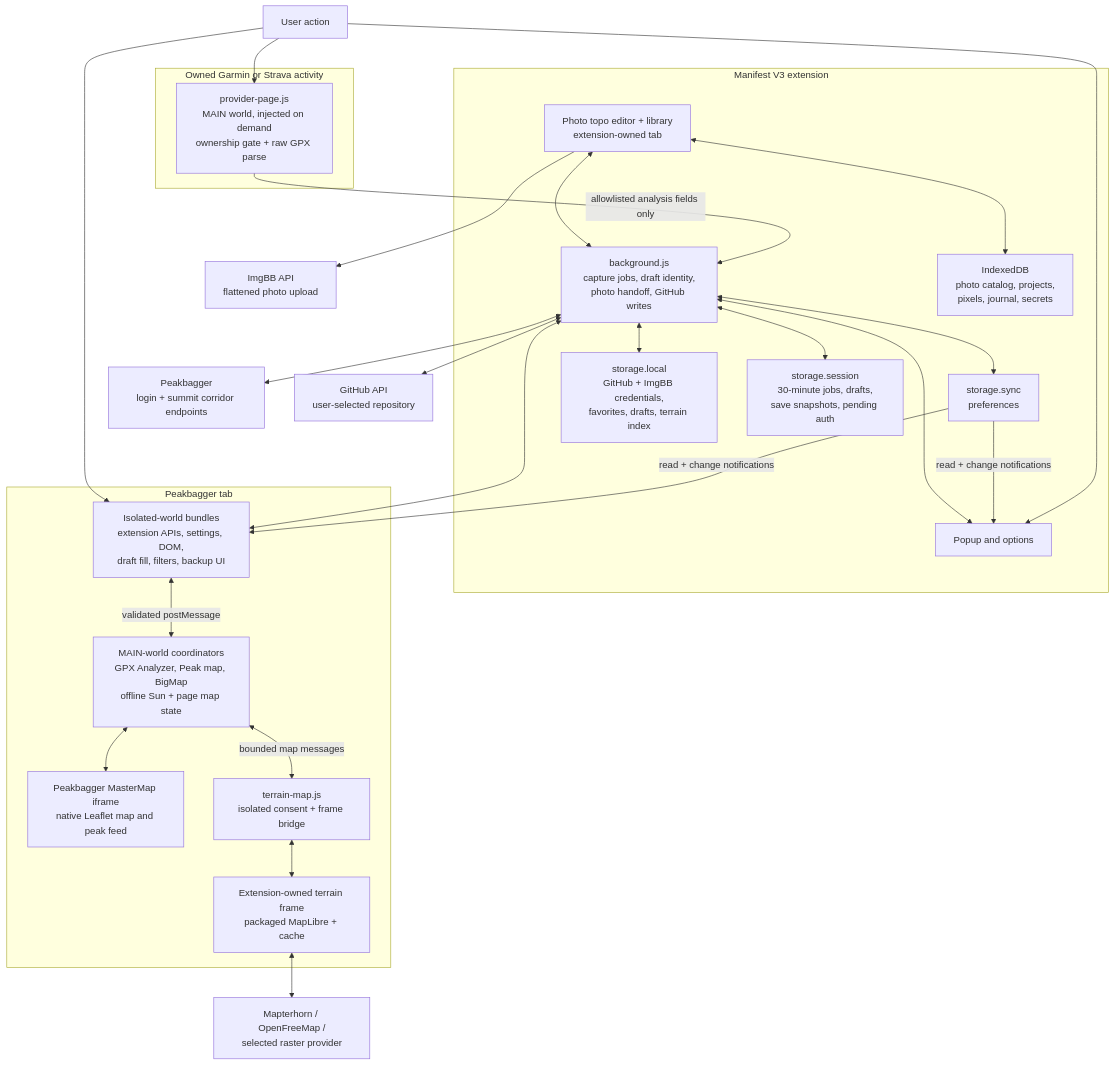
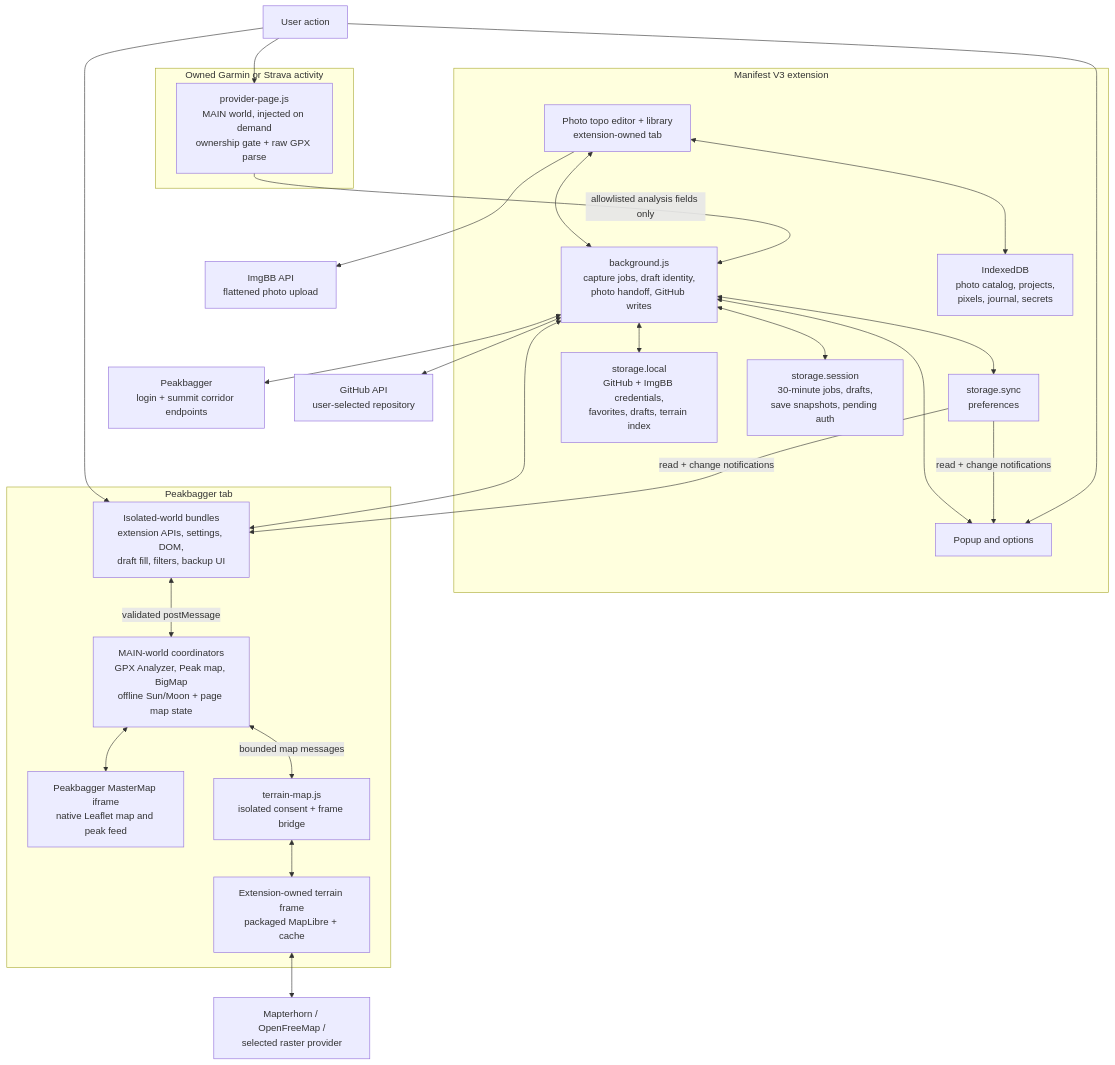
One commit to wilmtang/better-peakbagger changed the first of 2 diagrams in docs/architecture.md. Above: the diagram before and after it, drawn with Mermaid. The commit also changed other lines of this file and 15 other files, not shown here.

First line of the commit message:
feat: add moon phase to sun calculator

````diff
--- a/docs/architecture.md
+++ b/docs/architecture.md
@@ -15,53 +15,53 @@
 ```mermaid
 flowchart TB
     user["User action"]
 
     subgraph provider["Owned Garmin or Strava activity"]
         providerPage["provider-page.js<br/>MAIN world, injected on demand<br/>ownership gate + raw GPX parse"]
     end
 
     subgraph extension["Manifest V3 extension"]
         popup["Popup and options"]
         worker["background.js<br/>capture jobs, draft identity,<br/>photo handoff, GitHub writes"]
         photoPage["Photo topo editor + library<br/>extension-owned tab"]
         photoDb["IndexedDB<br/>photo catalog, projects,<br/>pixels, journal, secrets"]
         sync["storage.sync<br/>preferences"]
         local["storage.local<br/>GitHub + ImgBB credentials,<br/>favorites, drafts, terrain index"]
         session["storage.session<br/>30-minute jobs, drafts,<br/>save snapshots, pending auth"]
     end
 
     subgraph peakbagger["Peakbagger tab"]
         isolated["Isolated-world bundles<br/>extension APIs, settings, DOM,<br/>draft fill, filters, backup UI"]
-        main["MAIN-world coordinators<br/>GPX Analyzer, Peak map, BigMap<br/>offline Sun + page map state"]
+        main["MAIN-world coordinators<br/>GPX Analyzer, Peak map, BigMap<br/>offline Sun/Moon + page map state"]
         master["Peakbagger MasterMap iframe<br/>native Leaflet map and peak feed"]
         terrainBridge["terrain-map.js<br/>isolated consent + frame bridge"]
         terrainFrame["Extension-owned terrain frame<br/>packaged MapLibre + cache"]
     end
 
     peakApi["Peakbagger<br/>login + summit corridor endpoints"]
     imgbb["ImgBB API<br/>flattened photo upload"]
     github["GitHub API<br/>user-selected repository"]
     tiles["Mapterhorn / OpenFreeMap /<br/>selected raster provider"]
 
     user --> providerPage
     user --> isolated
     user --> popup
     providerPage -- "allowlisted analysis fields only" --> worker
     isolated <--> worker
     popup <--> worker
     photoPage <--> worker
     photoPage <--> photoDb
     photoPage --> imgbb
     sync -- "read + change notifications" --> popup
     sync -- "read + change notifications" --> isolated
     worker <--> sync
     worker <--> session
     worker <--> local
     worker <--> peakApi
     worker <--> github
     isolated <-->|"validated postMessage"| main
     main <--> master
     main <-->|"bounded map messages"| terrainBridge
     terrainBridge <--> terrainFrame
     terrainFrame <--> tiles
 ```
````
